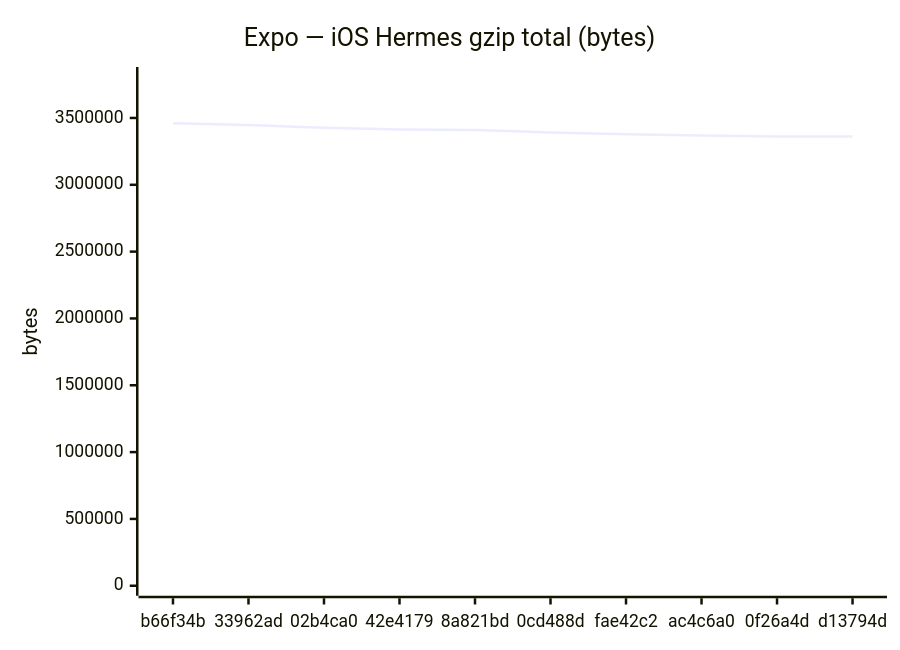
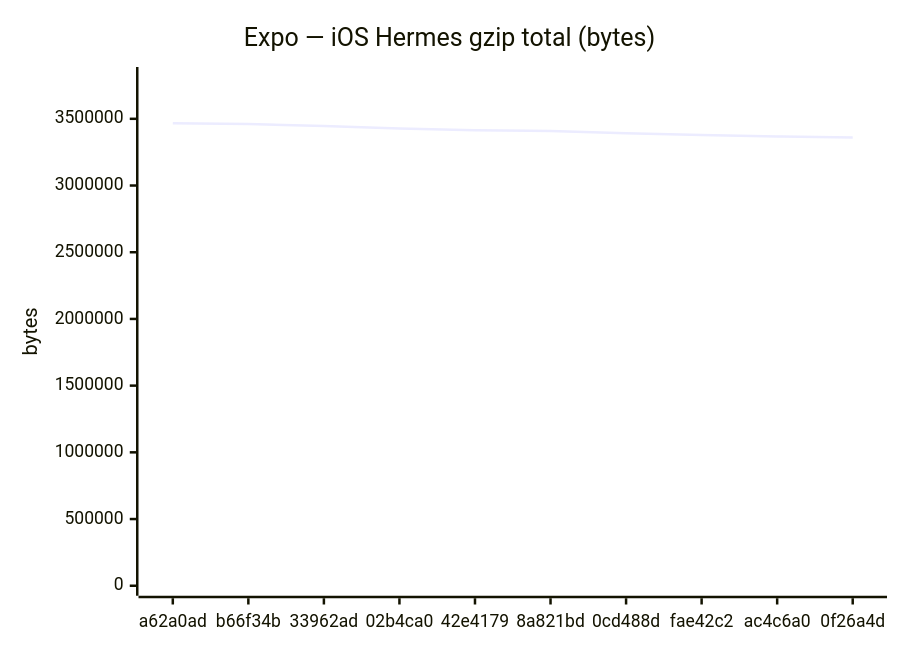
Before and after one commit to Metaheurist/Rianell: the sixth of 18 diagrams in benchmarks/compare.md, drawn with Mermaid. The commit also changed other lines of this file and 11 other files, not shown here.

````diff
--- a/benchmarks/compare.md
+++ b/benchmarks/compare.md
@@ -96,7 +96,7 @@
 ```mermaid
 xychart-beta
     title "Expo — iOS Hermes gzip total (bytes)"
-    x-axis ["b66f34b", "33962ad", "02b4ca0", "42e4179", "8a821bd", "0cd488d", "fae42c2", "ac4c6a0", "0f26a4d", "d13794d"]
-    y-axis "bytes" 0 --> 3806501
-    line [3460455, 3446796, 3426562, 3414256, 3409221, 3391123, 3378280, 3368083, 3360774, 3360776]
+    x-axis ["a62a0ad", "b66f34b", "33962ad", "02b4ca0", "42e4179", "8a821bd", "0cd488d", "fae42c2", "ac4c6a0", "0f26a4d"]
+    y-axis "bytes" 0 --> 3813431
+    line [3466755, 3460455, 3446796, 3426562, 3414256, 3409221, 3391123, 3378280, 3368083, 3360774]
 ```
````
